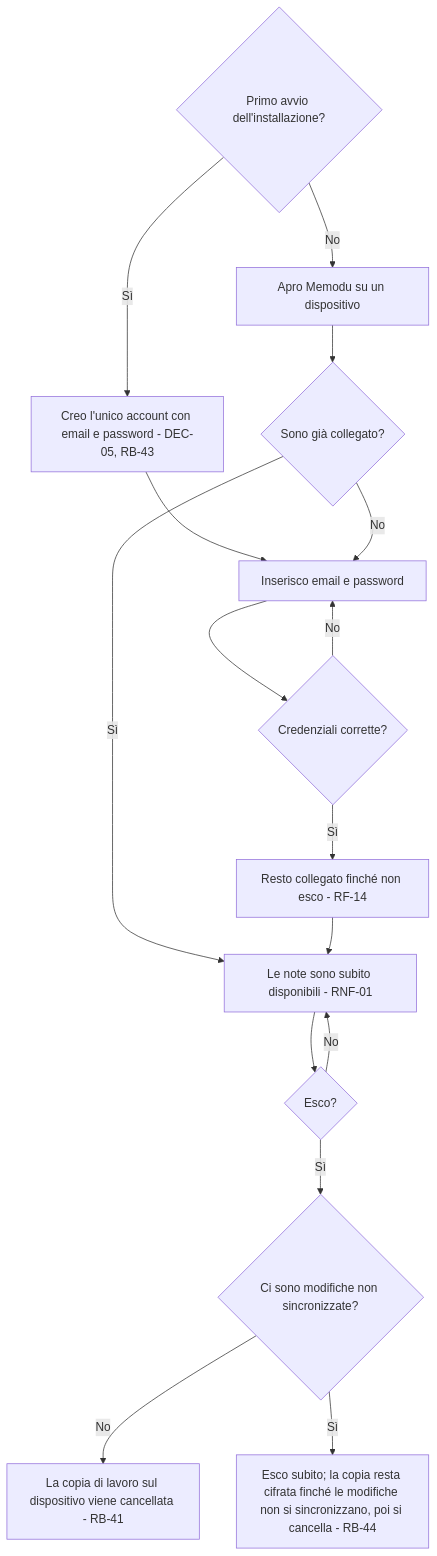
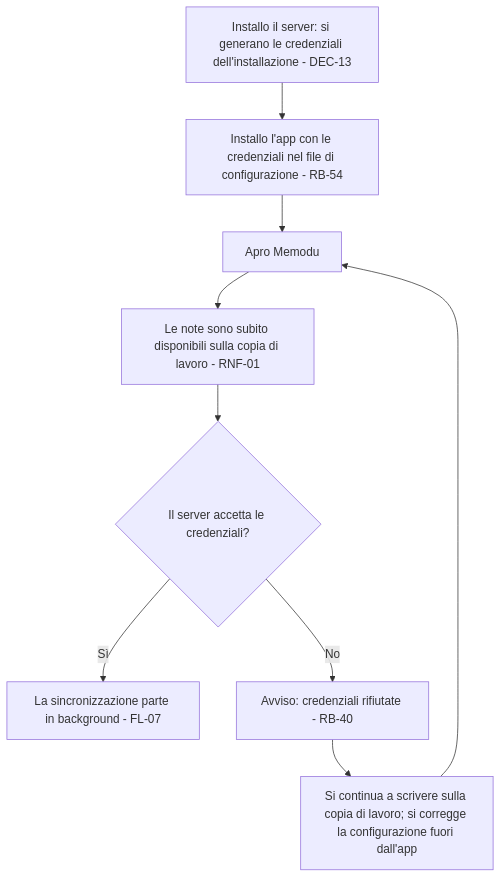
The second of 2 diagrams in docs/moduli/sincronizzazione/2-flussi.md (Helmutsti/MemoDu), drawn with Mermaid before and after one commit. The commit also changed other lines of this file and 20 other files, not shown here.

````diff
--- a/docs/moduli/sincronizzazione/2-flussi.md
+++ b/docs/moduli/sincronizzazione/2-flussi.md
@@ -64,18 +64,11 @@
 ```mermaid
 flowchart TD
-    A{Primo avvio dell'installazione?} -- Sì --> B[Creo l'unico account con email e password - DEC-05, RB-43]
-    B --> E
-    A -- No --> C[Apro Memodu su un dispositivo]
-    C --> D{Sono già collegato?}
-    D -- Sì --> F[Le note sono subito disponibili - RNF-01]
-    D -- No --> E[Inserisco email e password]
-    E --> G{Credenziali corrette?}
-    G -- No --> E
-    G -- Sì --> H[Resto collegato finché non esco - RF-14]
-    H --> F
-    F --> I{Esco?}
-    I -- No --> F
-    I -- Sì --> J{Ci sono modifiche non sincronizzate?}
-    J -- No --> K[La copia di lavoro sul dispositivo viene cancellata - RB-41]
-    J -- Sì --> L[Esco subito; la copia resta cifrata finché le modifiche non si sincronizzano, poi si cancella - RB-44]
+    A[Installo il server: si generano le credenziali dell'installazione - DEC-13] --> B[Installo l'app con le credenziali nel file di configurazione - RB-54]
+    B --> C[Apro Memodu]
+    C --> D[Le note sono subito disponibili sulla copia di lavoro - RNF-01]
+    D --> E{Il server accetta le credenziali?}
+    E -- Sì --> F[La sincronizzazione parte in background - FL-07]
+    E -- No --> G[Avviso: credenziali rifiutate - RB-40]
+    G --> H[Si continua a scrivere sulla copia di lavoro; si corregge la configurazione fuori dall'app]
+    H --> C
 ```
````
